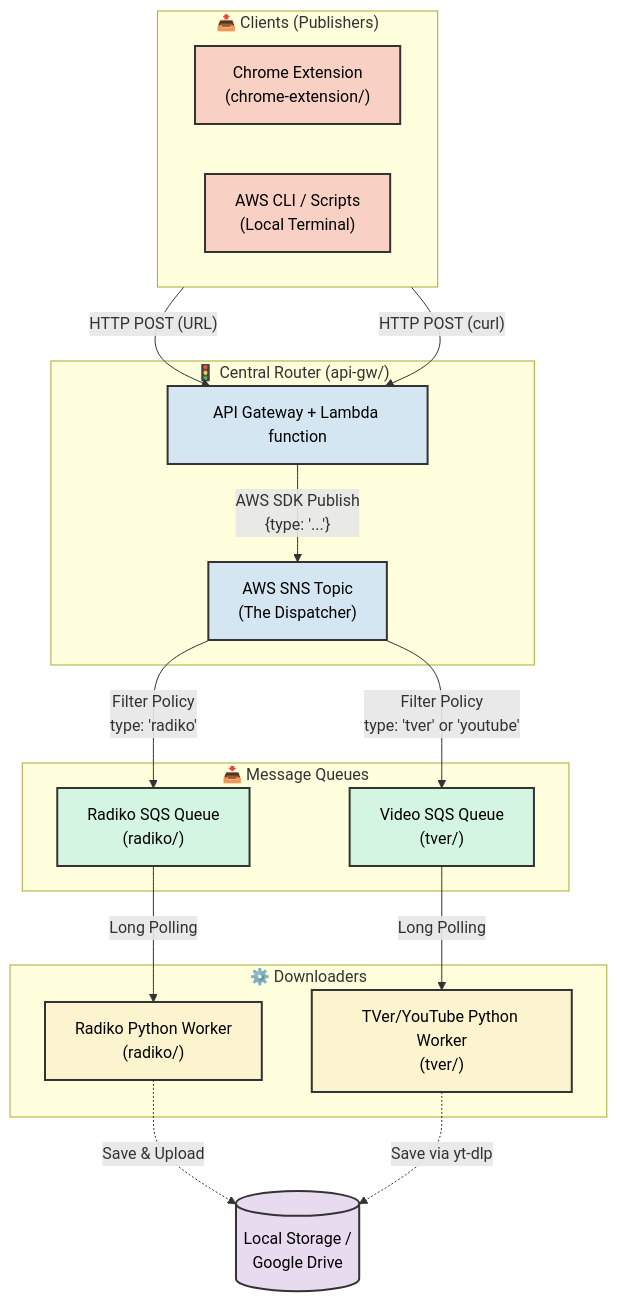
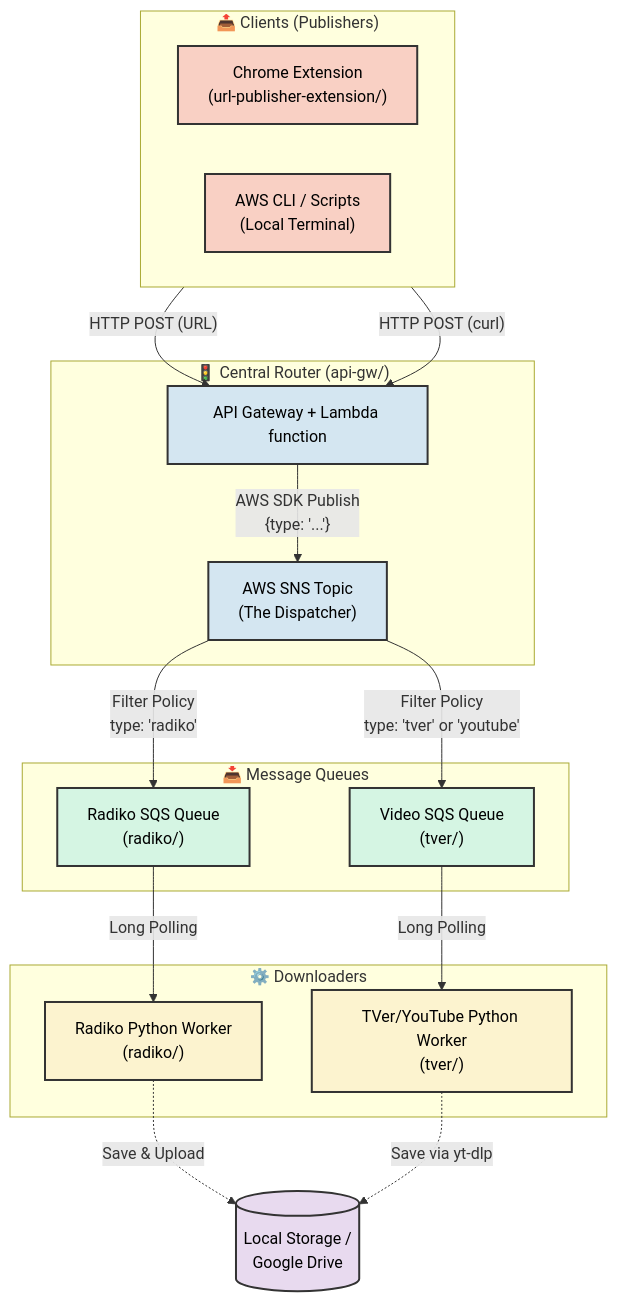
Before and after one commit to khirata/media-downloader: the diagram in README.md, drawn with Mermaid. The commit also changed other lines of this file and 9 other files, not shown here.

Commit message:
docs: adjust references to url-publisher-extension directory

````diff
--- a/README.md
+++ b/README.md
@@ -10,48 +10,48 @@
 ```mermaid
 graph TD
     classDef client fill:#f9d0c4,stroke:#333,stroke-width:2px,color:#000;
     classDef router fill:#d4e6f1,stroke:#333,stroke-width:2px,color:#000;
     classDef queue fill:#d5f5e3,stroke:#333,stroke-width:2px,color:#000;
     classDef worker fill:#fcf3cf,stroke:#333,stroke-width:2px,color:#000;
     classDef storage fill:#e8daef,stroke:#333,stroke-width:2px,color:#000;
 
     subgraph Clients ["📤 Clients (Publishers)"]
         direction LR
-        EXT["Chrome Extension<br/>(chrome-extension/)"]:::client
+        EXT["Chrome Extension<br/>(url-publisher-extension/)"]:::client
         CLI["AWS CLI / Scripts<br/>(Local Terminal)"]:::client
     end
 
     subgraph Dispatcher ["🚦 Central Router (api-gw/)"]
         API["API Gateway + Lambda function"]:::router
         SNS["AWS SNS Topic<br/>(The Dispatcher)"]:::router
     end
 
     subgraph Queues ["📥 Message Queues"]
         SQS_R["Radiko SQS Queue<br/>(radiko/)"]:::queue
         SQS_T["Video SQS Queue<br/>(tver/)"]:::queue
     end
 
     subgraph Workers ["⚙️ Downloaders"]
         WORK_R["Radiko Python Worker<br/>(radiko/)"]:::worker
         WORK_T["TVer/YouTube Python Worker<br/>(tver/)"]:::worker
     end
     
     STORAGE[("Local Storage /<br/>Google Drive")]:::storage
 
     %% Client flows
     EXT -->|"HTTP POST (URL)"| API
     CLI -->|"HTTP POST (curl)"| API
     API -->|"AWS SDK Publish<br/>{type: '...'} "| SNS
 
     %% Dispatcher routing based on message attributes/body
     SNS -->|"Filter Policy<br/>type: 'radiko'"| SQS_R
     SNS -->|"Filter Policy<br/>type: 'tver' or 'youtube'"| SQS_T
 
     %% Worker polling
     SQS_R -->|"Long Polling"| WORK_R
     SQS_T -->|"Long Polling"| WORK_T
 
     %% Final output
     WORK_R -.->|"Save & Upload"| STORAGE
     WORK_T -.->|"Save via yt-dlp"| STORAGE
 ```
````
